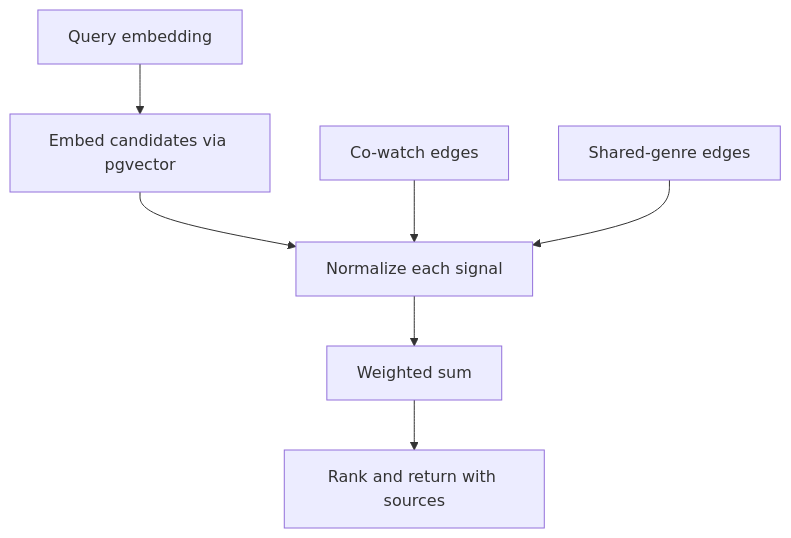
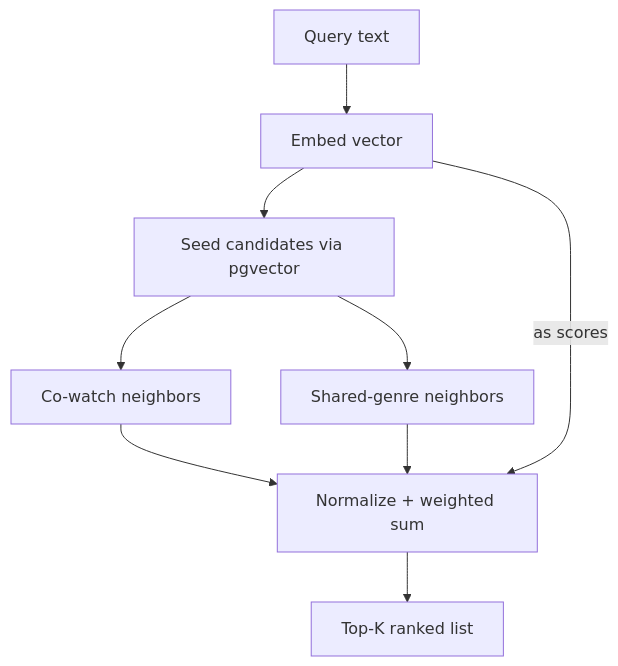
Before and after one commit to yp-ai-lab/CR-HyperVR: the second of 3 diagrams in README.md, drawn with Mermaid. The commit also changed other lines of this file and 51 other files, not shown here.

````diff
--- a/README.md
+++ b/README.md
@@ -301,15 +181,11 @@
 ```mermaid
-flowchart TB
-  Q[Query embedding]
-  E[Embed candidates via pgvector]
-  C[Co-watch edges]
-  G[Shared-genre edges]
-  N[Normalize each signal]
-  W[Weighted sum]
-  R[Rank and return with sources]
-
-  Q --> E --> N
-  C --> N
-  G --> N
-  N --> W --> R
+flowchart TD
+  Q[Query text] --> E[Embed vector]
+  E --> S[Seed candidates via pgvector]
+  S --> COW[Co-watch neighbors]
+  S --> GEN[Shared-genre neighbors]
+  COW --> M[Normalize + weighted sum]
+  GEN --> M
+  E -->|as scores| M
+  M --> R[Top-K ranked list]
 ```
````
